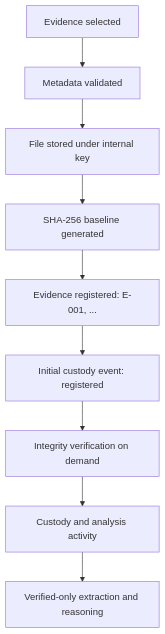
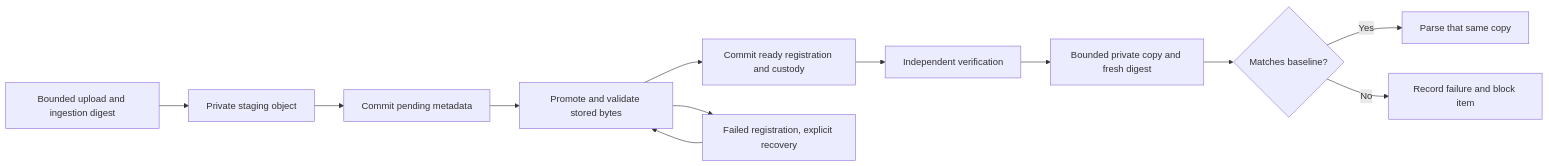
One commit to shikhar-sahay/provena changed the diagram in docs/evidence-integrity.md. Above: the diagram before and after it, drawn with Mermaid. The commit also changed other lines of this file and 33 other files, not shown here.

Commit message:
fix: enforce evidence input integrity and recover registration

````diff
--- a/docs/evidence-integrity.md
+++ b/docs/evidence-integrity.md
@@ -25,11 +9,14 @@
 ```mermaid
-flowchart TB
-    Select[Evidence selected] --> Validate[Metadata validated]
-    Validate --> Store[File stored under internal key]
-    Store --> Hash[SHA-256 baseline generated]
-    Hash --> Register[Evidence registered: E-001, ...]
-    Register --> Custody0[Initial custody event: registered]
-    Custody0 --> Verify[Integrity verification on demand]
-    Verify --> Activity[Custody and analysis activity]
-    Activity --> AI[Verified-only extraction and reasoning]
+flowchart LR
+    Upload[Bounded upload and ingestion digest] --> Stage[Private staging object]
+    Stage --> Pending[Commit pending metadata]
+    Pending --> Promote[Promote and validate stored bytes]
+    Promote --> Ready[Commit ready registration and custody]
+    Promote --> Failed[Failed registration, explicit recovery]
+    Failed --> Promote
+    Ready --> Verify[Independent verification]
+    Verify --> Copy[Bounded private copy and fresh digest]
+    Copy --> Gate{Matches baseline?}
+    Gate -->|Yes| Parse[Parse that same copy]
+    Gate -->|No| Block[Record failure and block item]
 ```
````
